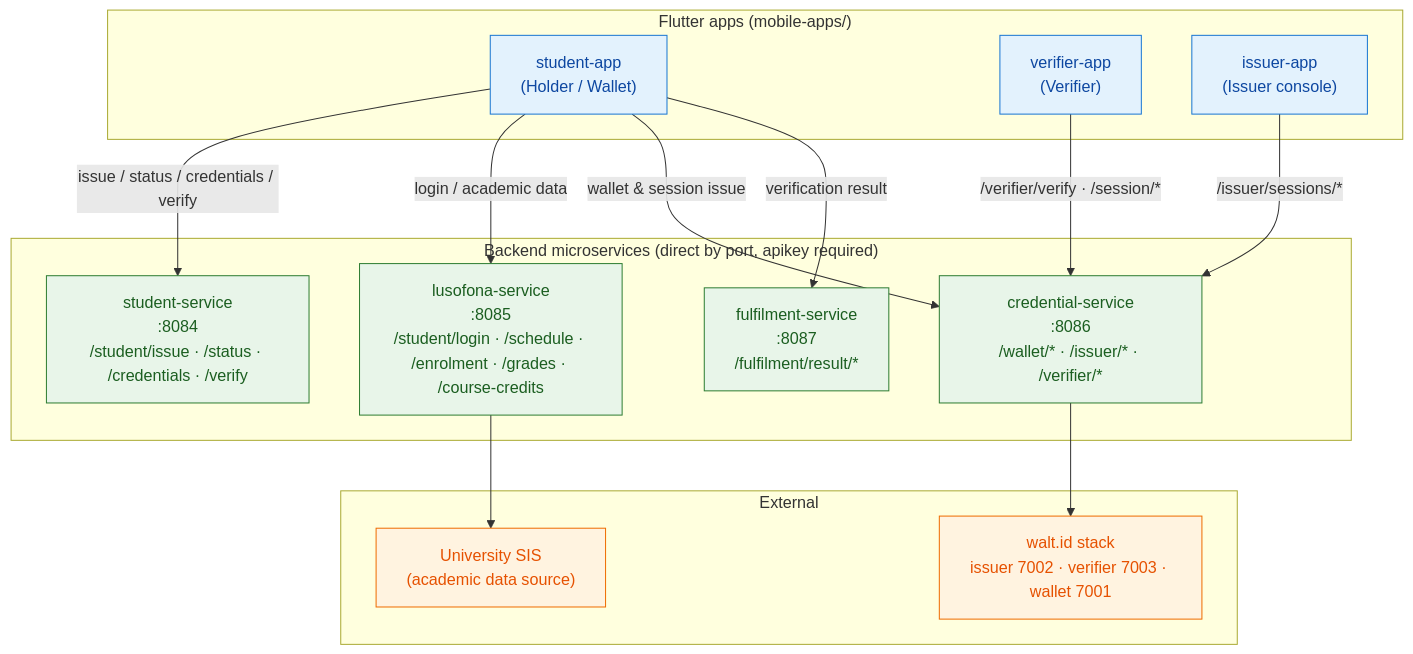
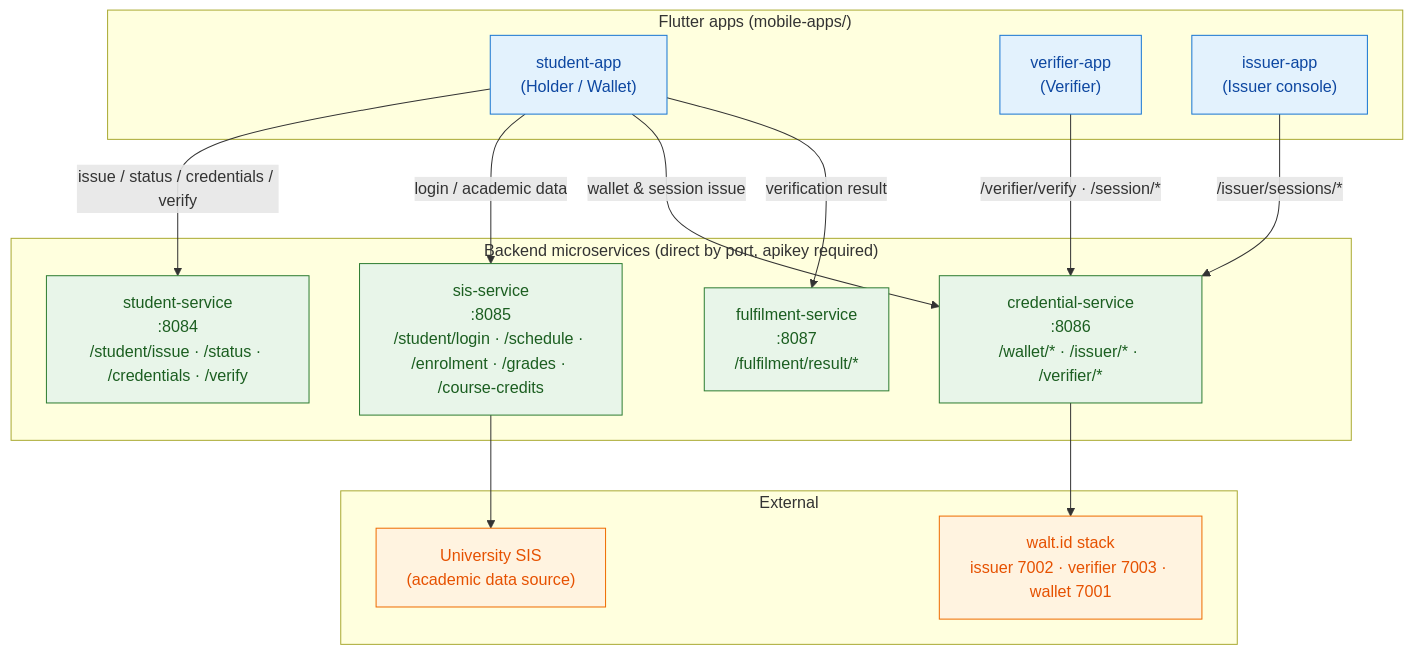
One commit to marcelogdomingues/ulht-dcs-public changed the first of 3 diagrams in docs/MOBILE_APPS.md. Above: the diagram before and after it, drawn with Mermaid. The commit also changed other lines of this file and 600 other files, not shown here.

````diff
--- a/docs/MOBILE_APPS.md
+++ b/docs/MOBILE_APPS.md
@@ -28,38 +28,38 @@
 ```mermaid
 graph TD
     subgraph Apps["Flutter apps (mobile-apps/)"]
         S["student-app<br/>(Holder / Wallet)"]
         V["verifier-app<br/>(Verifier)"]
         I["issuer-app<br/>(Issuer console)"]
     end
 
     subgraph Backend["Backend microservices (direct by port, apikey required)"]
         SS["student-service<br/>:8084<br/>/student/issue · /status · /credentials · /verify"]
-        LS["lusofona-service<br/>:8085<br/>/student/login · /schedule · /enrolment · /grades · /course-credits"]
+        LS["sis-service<br/>:8085<br/>/student/login · /schedule · /enrolment · /grades · /course-credits"]
         CS["credential-service<br/>:8086<br/>/wallet/* · /issuer/* · /verifier/*"]
         FS["fulfilment-service<br/>:8087<br/>/fulfilment/result/*"]
     end
 
     subgraph External["External"]
         W["walt.id stack<br/>issuer 7002 · verifier 7003 · wallet 7001"]
         SIS["University SIS<br/>(academic data source)"]
     end
 
     S -->|"issue / status / credentials / verify"| SS
     S -->|"login / academic data"| LS
     S -->|"wallet & session issue"| CS
     S -->|"verification result"| FS
 
     V -->|"/verifier/verify · /session/*"| CS
     I -->|"/issuer/sessions/*"| CS
 
     CS --> W
     LS --> SIS
 
     classDef app fill:#e3f2fd,stroke:#1976d2,color:#0d47a1;
     classDef svc fill:#e8f5e9,stroke:#2e7d32,color:#1b5e20;
     classDef ext fill:#fff3e0,stroke:#ef6c00,color:#e65100;
     class S,V,I app;
     class SS,LS,CS,FS svc;
     class W,SIS ext;
 ```
````
